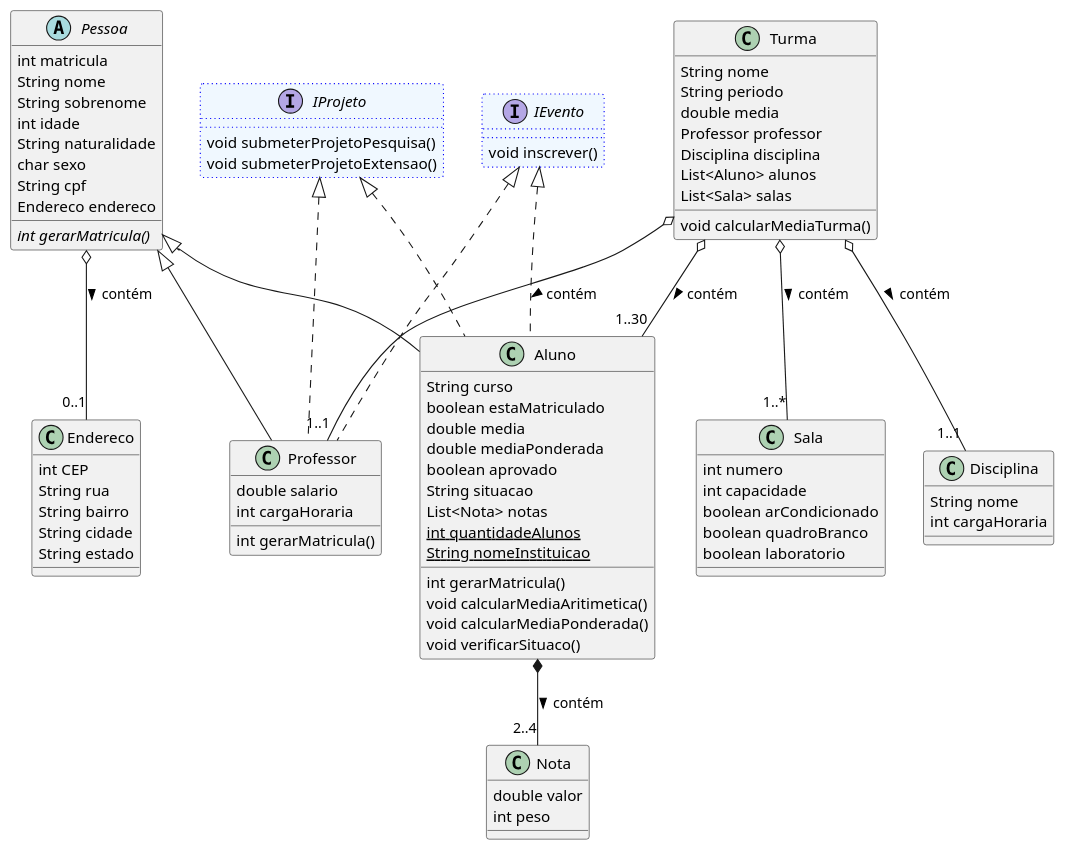
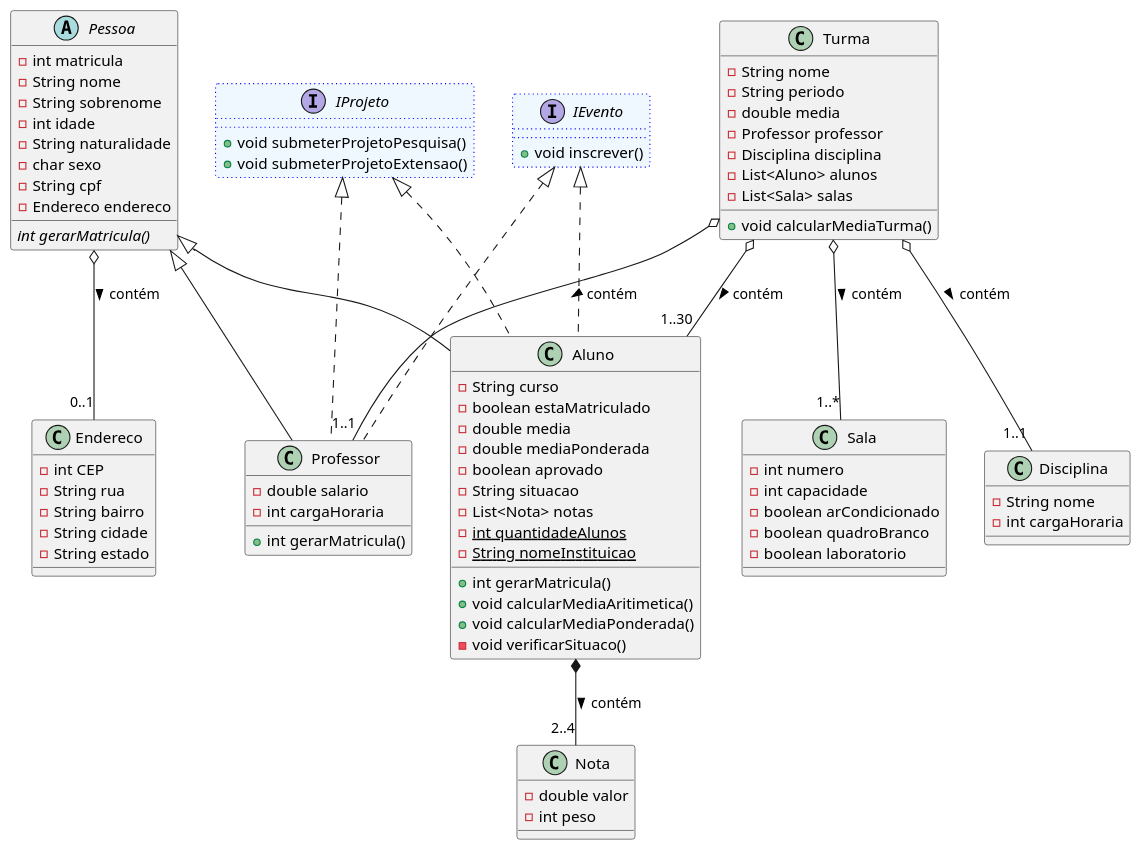
Before and after one commit to diegoarmandoo/academico-api: the diagram in diagramas/DiagramaClasse.wsd, drawn with PlantUML.

Commit message:
feat:(Diagramas): refatora o diagrama para representar as visibilidades/modificadores de acesso
- Insere os modificadores de acesso no diagrama

```diff
--- a/diagramas/DiagramaClasse.wsd
+++ b/diagramas/DiagramaClasse.wsd
@@ -1,106 +1,106 @@
 @startuml Academico
 
     Class Endereco {
-        int CEP
-        String rua
-        String bairro
-        String cidade
-        String estado
+        - int CEP
+        - String rua
+        - String bairro
+        - String cidade
+        - String estado
     }
 
     abstract Class Pessoa {
-        int matricula
-        String nome
-        String sobrenome
-        int idade
-        String naturalidade
-        char sexo
-        String cpf
-        Endereco endereco
+        - int matricula
+        - String nome
+        - String sobrenome
+        - int idade
+        - String naturalidade
+        - char sexo
+        - String cpf
+        - Endereco endereco
 
         {abstract} int gerarMatricula()
     }
 
     Class Nota {
-        double valor
-        int peso
+        - double valor
+        - int peso
     }
 
     Class Aluno {
-        String curso 
-        boolean estaMatriculado
-        double media
-        double mediaPonderada
-        boolean aprovado
-        String situacao
-        List<Nota> notas
-        {static} int quantidadeAlunos
-        {static} String nomeInstituicao
+        - String curso 
+        - boolean estaMatriculado
+        - double media
+        - double mediaPonderada
+        - boolean aprovado
+        - String situacao
+        - List<Nota> notas
+        - {static} int quantidadeAlunos
+        - {static} String nomeInstituicao
 
-        int gerarMatricula()
-        void calcularMediaAritimetica()
-        void calcularMediaPonderada()
-        void verificarSituaco()
+        + int gerarMatricula()
+        + void calcularMediaAritimetica()
+        + void calcularMediaPonderada()
+        - void verificarSituaco()
     }
 
     Class Professor {
-        double salario
-        int cargaHoraria
+        - double salario
+        - int cargaHoraria
         
-        int gerarMatricula()
+        + int gerarMatricula()
     }
 
     Class Disciplina {
-        String nome
-        int cargaHoraria
+        - String nome
+        - int cargaHoraria
     }
 
     Class Sala {
-        int numero
-        int capacidade
-        boolean arCondicionado
-        boolean quadroBranco
-        boolean laboratorio
+        - int numero
+        - int capacidade
+        - boolean arCondicionado
+        - boolean quadroBranco
+        - boolean laboratorio
     }
 
     Class Turma {
-        String nome
-        String periodo
-        double media
-        Professor professor
-        Disciplina disciplina
-        List<Aluno> alunos
-        List<Sala> salas
+        - String nome
+        - String periodo
+        - double media
+        - Professor professor
+        - Disciplina disciplina
+        - List<Aluno> alunos
+        - List<Sala> salas
 
-        void calcularMediaTurma()
+        + void calcularMediaTurma()
     }
 
     interface IProjeto #aliceblue ##[dotted]blue {
 
-        void submeterProjetoPesquisa()
-        void submeterProjetoExtensao()
+        + void submeterProjetoPesquisa()
+        + void submeterProjetoExtensao()
 
     }
 
     interface IEvento #aliceblue ##[dotted]blue {
 
-        void inscrever()
+        + void inscrever()
     }
 
     Pessoa <|-- Aluno
     Pessoa <|-- Professor
     Pessoa o-- "0..1" Endereco : contém >
 
     Aluno *-- "2..4" Nota : contém >
 
     Turma o-- "1..1" Professor : contém >
     Turma o-- "1..1" Disciplina : contém >
     Turma o-- "1..30" Aluno : contém >
     Turma o-- "1..*" Sala : contém >
 
     IProjeto <|.. Professor
     IProjeto <|.. Aluno
     IEvento <|.. Professor
     IEvento <|.. Aluno
 
 @enduml
```
